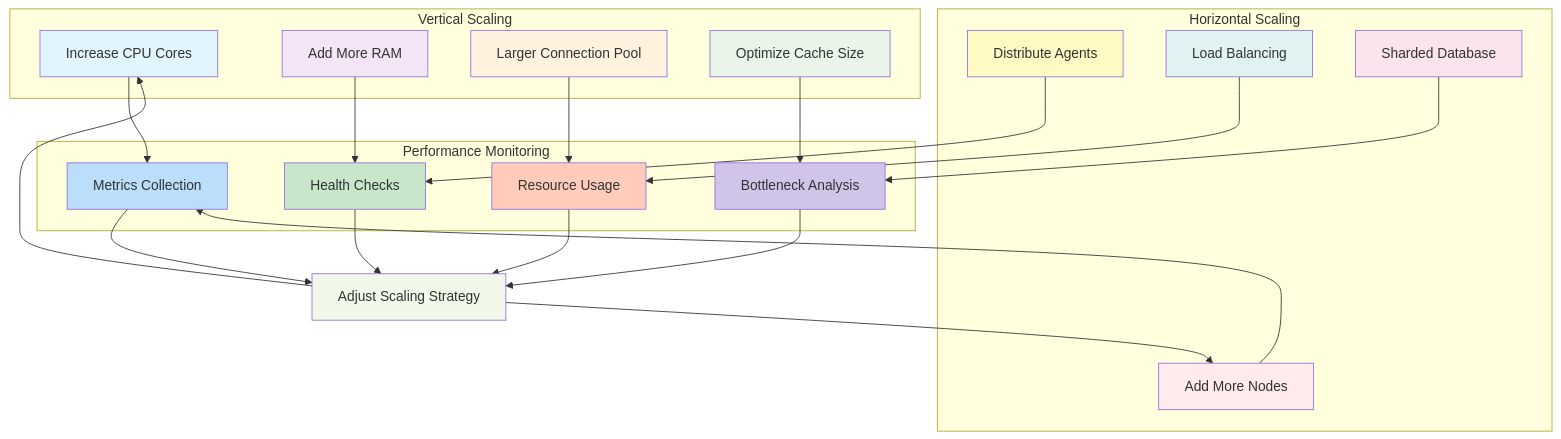
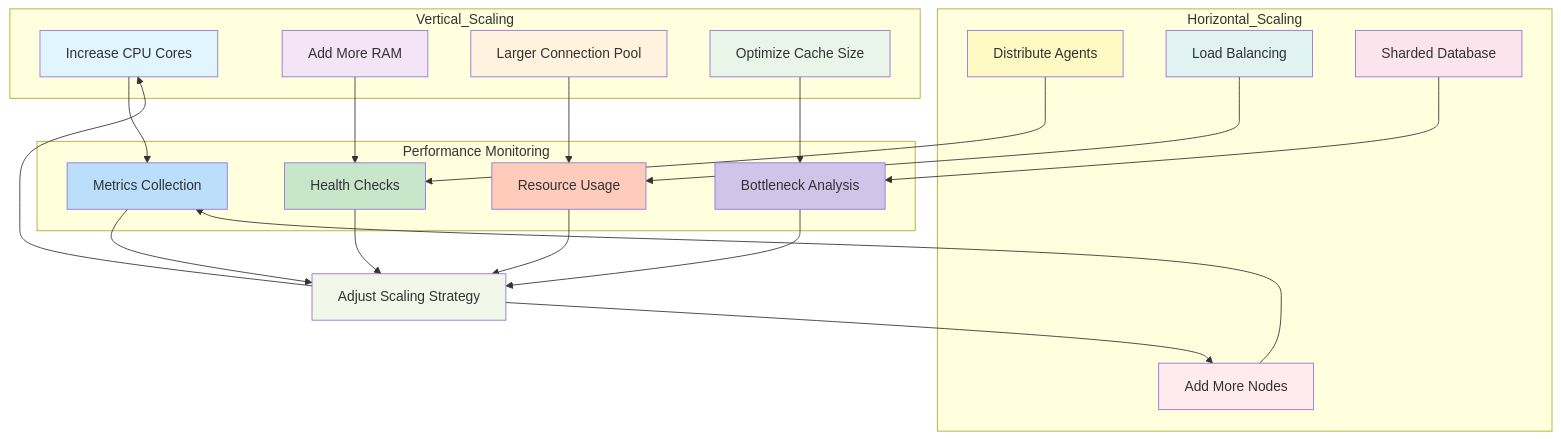
Diagram 17 of 17 in decentralized-ai-simulation/docs/design.md (tanm-sys/build), drawn with Mermaid before and after one commit. The commit also changed other lines of this file and 5 other files, not shown here.

Commit message:
Fix Mermaid diagram parse errors in Markdown files (resolve LINK token issues on line 29 and others)

````diff
--- a/decentralized-ai-simulation/docs/design.md
+++ b/decentralized-ai-simulation/docs/design.md
@@ -1253,52 +1253,52 @@
 ```mermaid
 graph TB
-    subgraph "Vertical Scaling"
+    subgraph "Vertical_Scaling"
         VS1[Increase CPU Cores]
         VS2[Add More RAM]
         VS3[Larger Connection Pool]
         VS4[Optimize Cache Size]
     end
 
-    subgraph "Horizontal Scaling"
+    subgraph "Horizontal_Scaling"
         HS1[Add More Nodes]
         HS2[Distribute Agents]
         HS3[Load Balancing]
         HS4[Sharded Database]
     end
 
     subgraph "Performance Monitoring"
         PM1[Metrics Collection]
         PM2[Health Checks]
         PM3[Resource Usage]
         PM4[Bottleneck Analysis]
     end
 
     VS1 --> PM1
     VS2 --> PM2
     VS3 --> PM3
     VS4 --> PM4
     HS1 --> PM1
     HS2 --> PM2
     HS3 --> PM3
     HS4 --> PM4
     PM1 --> ADJUST[Adjust Scaling Strategy]
     PM2 --> ADJUST
     PM3 --> ADJUST
     PM4 --> ADJUST
     ADJUST --> VS1
     ADJUST --> HS1
     
     style VS1 fill:#e1f5fe
     style VS2 fill:#f3e5f5
     style VS3 fill:#fff3e0
     style VS4 fill:#e8f5e8
     style HS1 fill:#ffebee
     style HS2 fill:#fff9c4
     style HS3 fill:#e0f2f1
     style HS4 fill:#fce4ec
     style PM1 fill:#bbdefb
     style PM2 fill:#c8e6c9
     style PM3 fill:#ffccbc
     style PM4 fill:#d1c4e9
     style ADJUST fill:#f1f8e9
 ```
````
